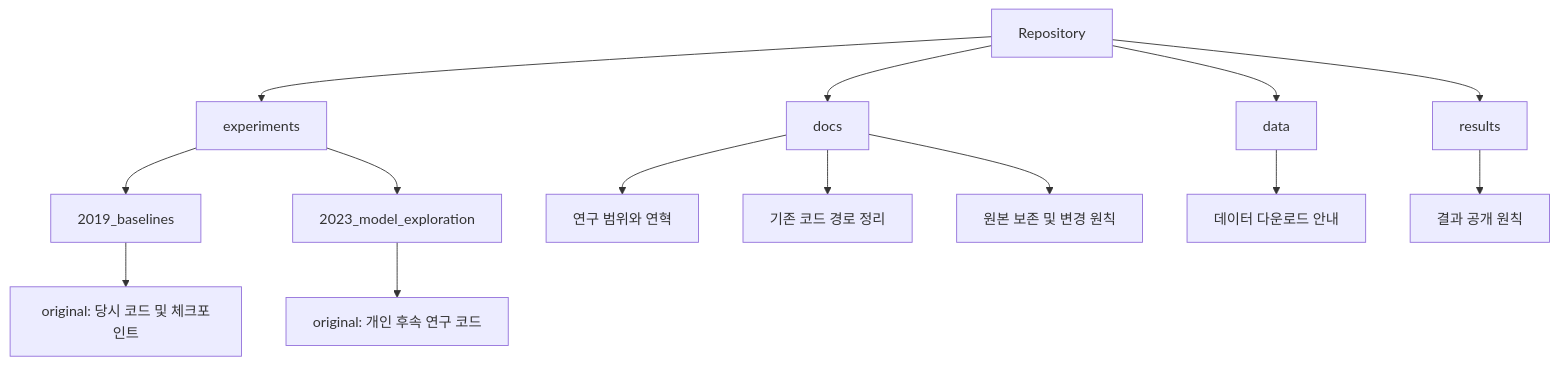
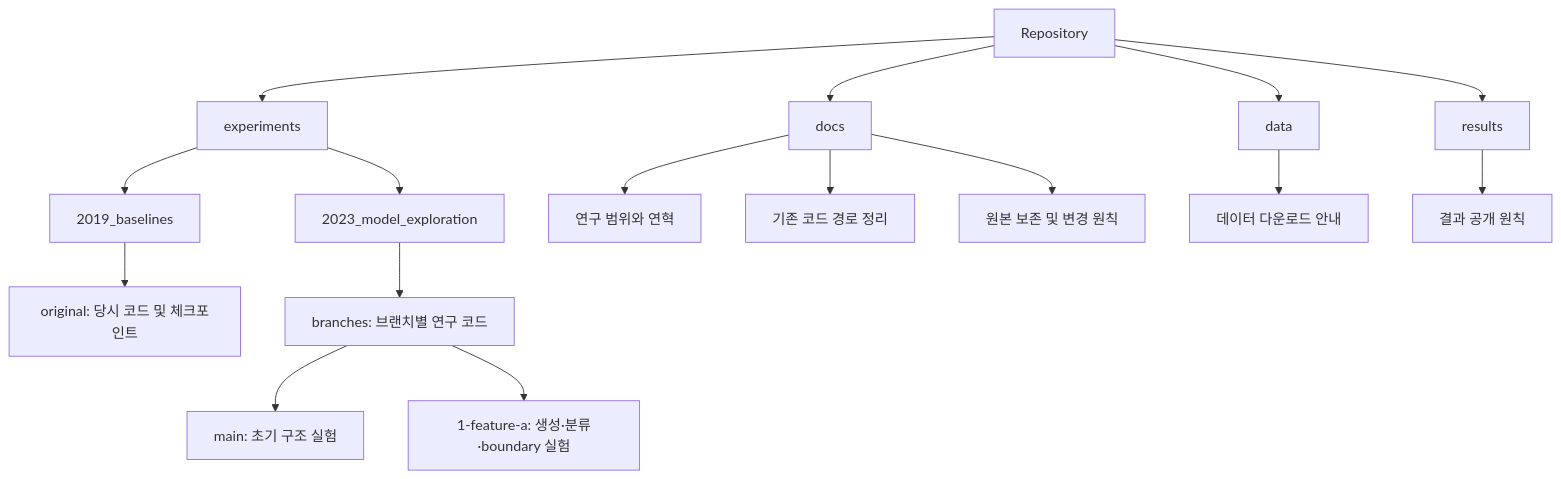
One commit to DDohyeon2941/gan-for-imbalanced-image-data changed the ninth of 9 diagrams in README.md. Above: the diagram before and after it, drawn with Mermaid. The commit also changed other lines of this file and 43 other files, not shown here.

````diff
--- a/README.md
+++ b/README.md
@@ -273,19 +299,21 @@
 ```mermaid
 flowchart TD
     ROOT[Repository] --> EXP[experiments]
     ROOT --> DOCS[docs]
     ROOT --> DATA[data]
     ROOT --> RESULTS[results]
 
     EXP --> E2019[2019_baselines]
     EXP --> E2023[2023_model_exploration]
     E2019 --> O2019[original: 당시 코드 및 체크포인트]
-    E2023 --> O2023[original: 개인 후속 연구 코드]
+    E2023 --> B2023[branches: 브랜치별 연구 코드]
+    B2023 --> M2023[main: 초기 구조 실험]
+    B2023 --> F2023[1-feature-a: 생성·분류·boundary 실험]
 
     DOCS --> SCOPE[연구 범위와 연혁]
     DOCS --> MAP[기존 코드 경로 정리]
     DOCS --> CHANGE[원본 보존 및 변경 원칙]
 
     DATA --> DINFO[데이터 다운로드 안내]
     RESULTS --> RINFO[결과 공개 원칙]
 ```
````
